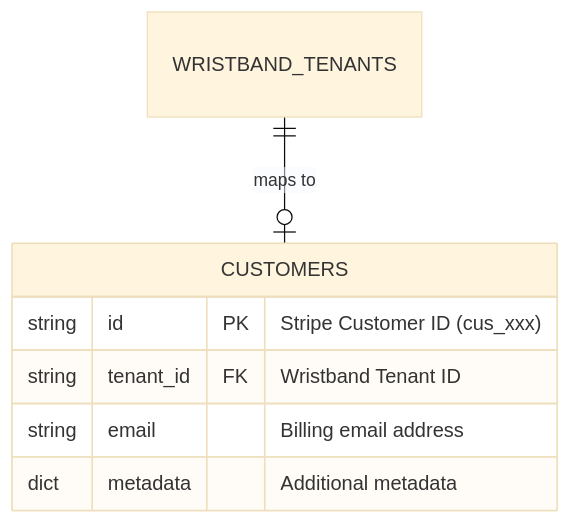
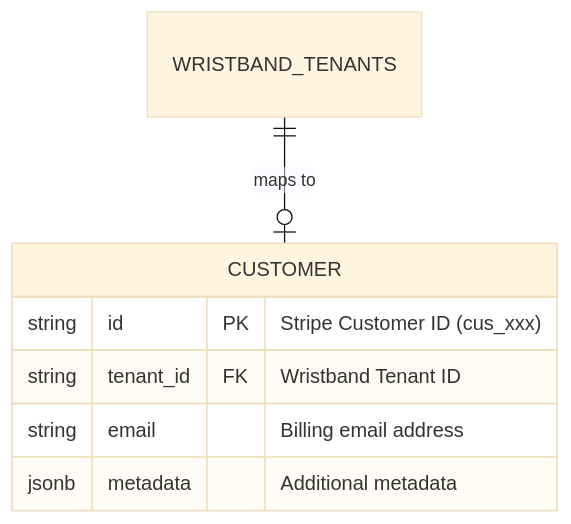
Before and after one commit to wristband-dev/fastapi-template: the sixth of 13 diagrams in docs/stripe-architecture.md, drawn with Mermaid (base theme). The commit also changed other lines of this file and 53 other files, not shown here.

````diff
--- a/docs/stripe-architecture.md
+++ b/docs/stripe-architecture.md
@@ -330,11 +324,11 @@
 ```mermaid
 erDiagram
-    CUSTOMERS {
+    CUSTOMER {
         string id PK "Stripe Customer ID (cus_xxx)"
         string tenant_id FK "Wristband Tenant ID"
         string email "Billing email address"
-        dict metadata "Additional metadata"
+        jsonb metadata "Additional metadata"
     }
     
-    WRISTBAND_TENANTS ||--o| CUSTOMERS : "maps to"
+    WRISTBAND_TENANTS ||--o| CUSTOMER : "maps to"
 ```
````
